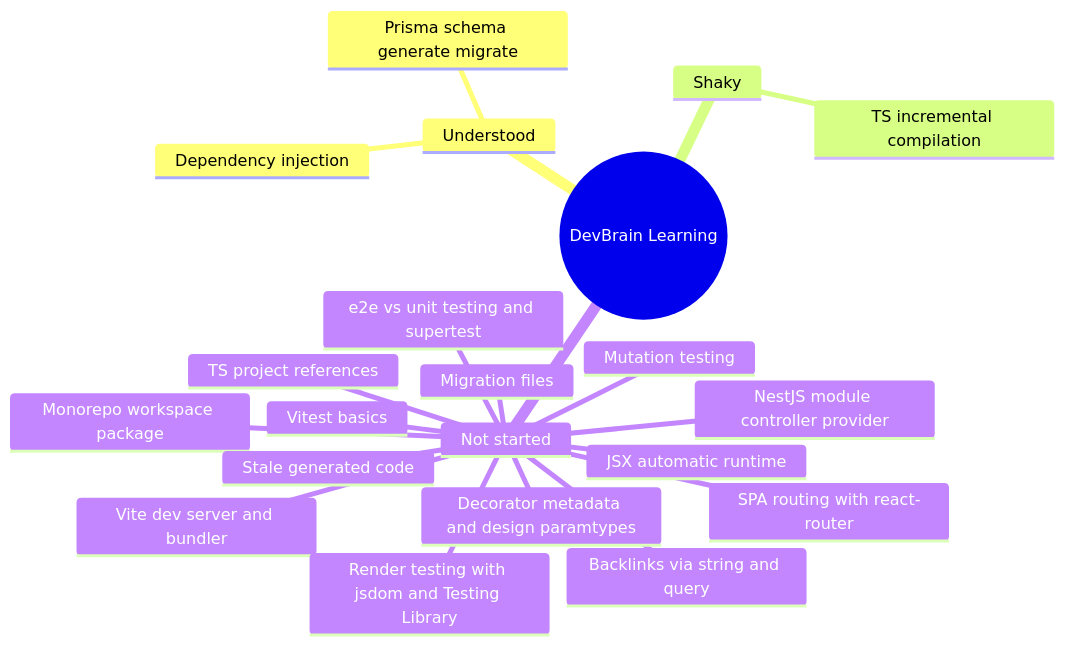
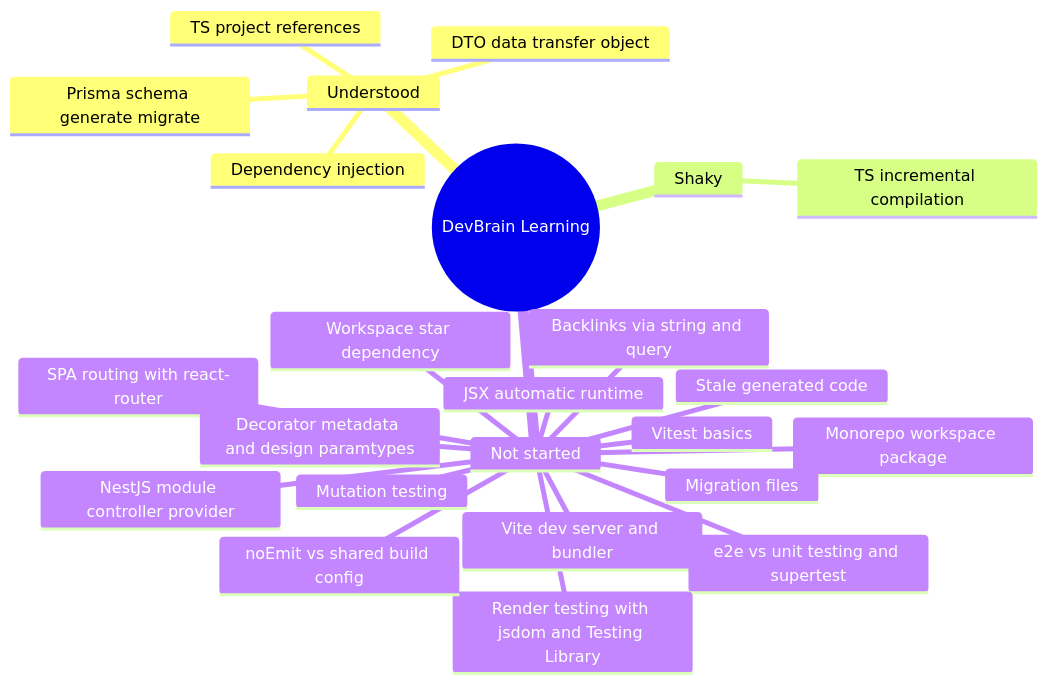
Before and after one commit to Phonghigh/DevBrain: the diagram in docs/LEARNING_LOG.md, drawn with Mermaid. The commit also changed other lines of this file and 13 other files, not shown here.

````diff
--- a/docs/LEARNING_LOG.md
+++ b/docs/LEARNING_LOG.md
@@ -39,24 +42,27 @@
 ```mermaid
 mindmap
   root((DevBrain Learning))
     Understood
       Dependency injection
       Prisma schema generate migrate
+      TS project references
+      DTO data transfer object
     Shaky
       TS incremental compilation
     Not started
       Monorepo workspace package
-      TS project references
       Vitest basics
       NestJS module controller provider
       Vite dev server and bundler
       SPA routing with react-router
       JSX automatic runtime
       e2e vs unit testing and supertest
       Decorator metadata and design paramtypes
       Render testing with jsdom and Testing Library
       Mutation testing
       Backlinks via string and query
       Migration files
       Stale generated code
+      Workspace star dependency
+      noEmit vs shared build config
 ```
````
